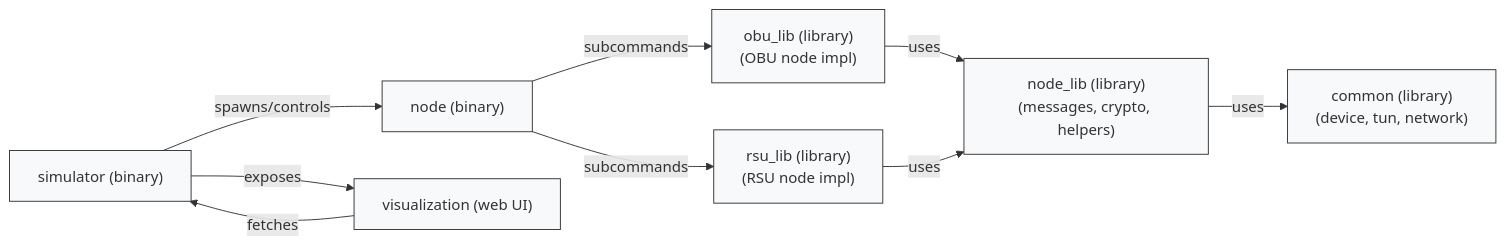
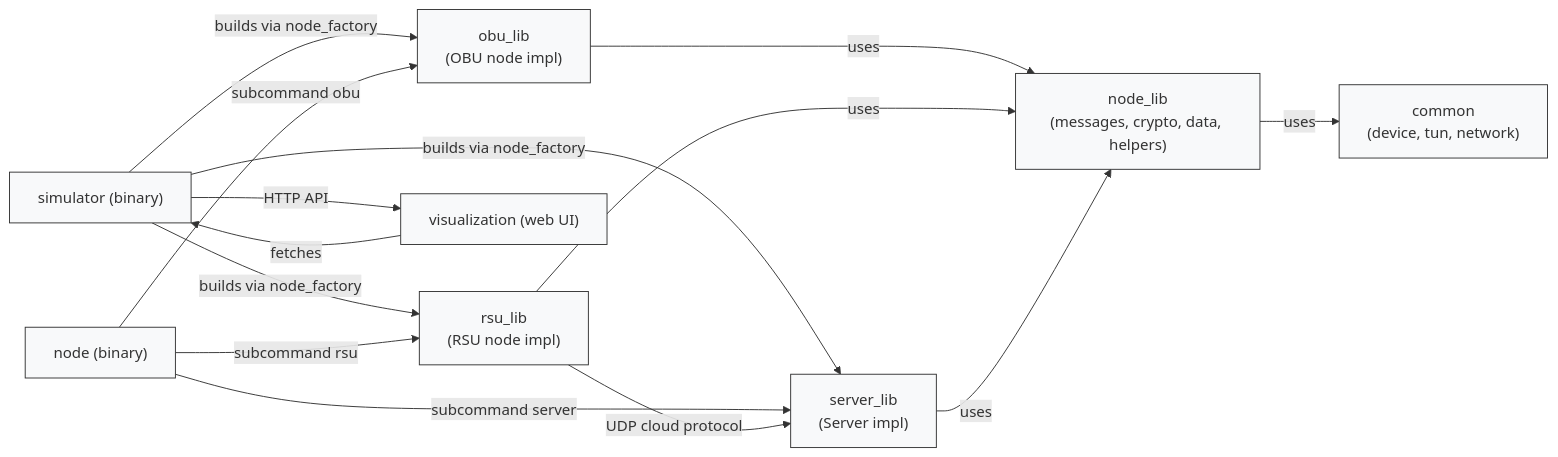
The diagram in ARCHITECTURE.md (GomesGoncalo/vigilant-parakeet), drawn with Mermaid before and after one commit. The commit also changed other lines of this file and 6 other files, not shown here.

````diff
--- a/ARCHITECTURE.md
+++ b/ARCHITECTURE.md
@@ -5,14 +5,19 @@
 ```mermaid
 flowchart LR
-  Simulator["simulator (binary)"] -->|spawns/controls| NodeBinary["node (binary)"]
-  NodeBinary -->|subcommands| ObuLib["obu_lib (library)\n(OBU node impl)"]
-  NodeBinary -->|subcommands| RsuLib["rsu_lib (library)\n(RSU node impl)"]
-  ObuLib -->|uses| NodeLib["node_lib (library)\n(messages, crypto, helpers)"]
+  Simulator["simulator (binary)"] -->|builds via node_factory| ObuLib
+  Simulator -->|builds via node_factory| RsuLib
+  Simulator -->|builds via node_factory| ServerLib
+  NodeBinary["node (binary)"] -->|subcommand obu| ObuLib["obu_lib\n(OBU node impl)"]
+  NodeBinary -->|subcommand rsu| RsuLib["rsu_lib\n(RSU node impl)"]
+  NodeBinary -->|subcommand server| ServerLib["server_lib\n(Server impl)"]
+  ObuLib -->|uses| NodeLib["node_lib\n(messages, crypto, data, helpers)"]
   RsuLib -->|uses| NodeLib
-  NodeLib -->|uses| Common["common (library)\n(device, tun, network)"]
-  Simulator -->|exposes| Visualization["visualization (web UI)"]
+  ServerLib -->|uses| NodeLib
+  NodeLib -->|uses| Common["common\n(device, tun, network)"]
+  Simulator -->|HTTP API| Visualization["visualization (web UI)"]
   Visualization -->|fetches| Simulator
+  RsuLib -->|UDP cloud protocol| ServerLib
 
   classDef crate fill:#f8f9fa,stroke:#333,stroke-width:1px;
-  class Simulator,NodeBinary,NodeLib,Common,Visualization,ObuLib,RsuLib crate;
+  class Simulator,NodeBinary,NodeLib,Common,Visualization,ObuLib,RsuLib,ServerLib crate;
 ```
````
